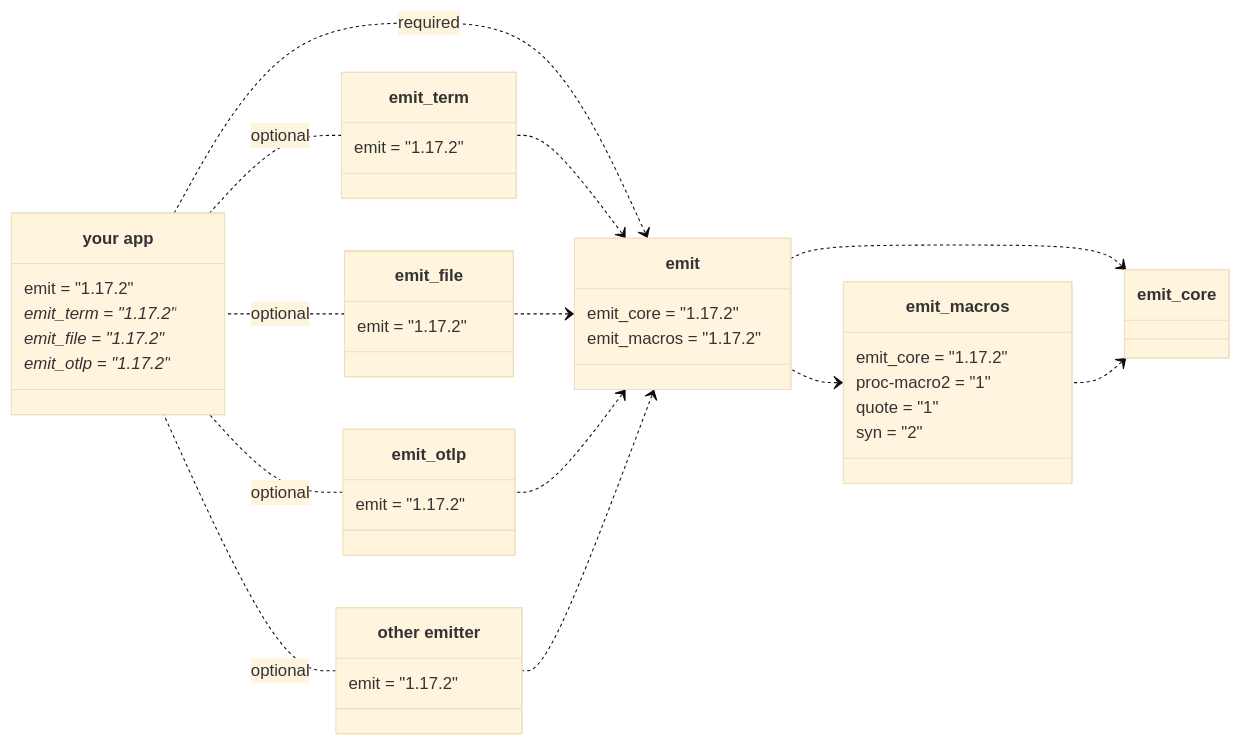
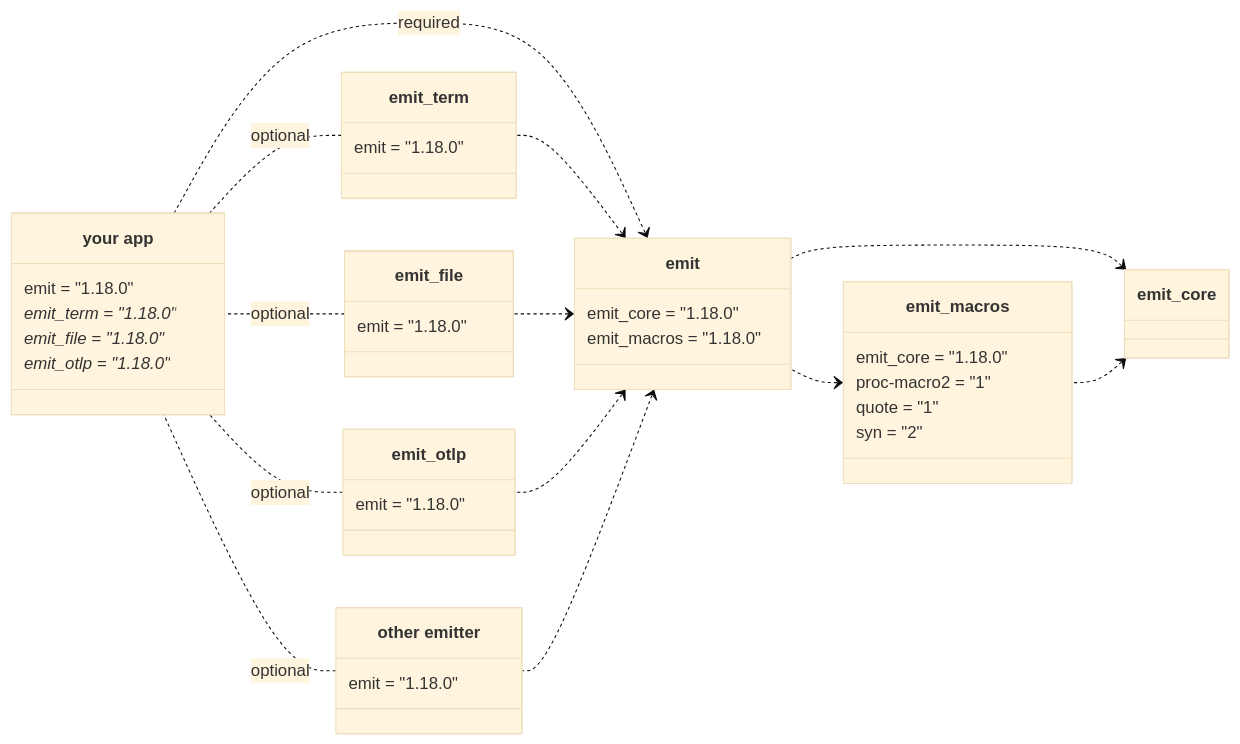
One commit to emit-rs/emit changed the first of 5 diagrams in book/src/reference/architecture.md. Above: the diagram before and after it, drawn with Mermaid (base theme). The commit also changed other lines of this file and 68 other files, not shown here.

````diff
--- a/book/src/reference/architecture.md
+++ b/book/src/reference/architecture.md
@@ -9,62 +9,62 @@
 ```mermaid
 classDiagram
     direction RL
     
     emit_core <.. emit_macros
     emit_core <.. emit
     emit_macros <.. emit
 
     class emit_macros {
-        emit_core = "1.17.2"
+        emit_core = "1.18.0"
         proc-macro2 = "1"
         quote = "1"
         syn = "2"
     }
 
     emit <.. emit_term
     emit <.. emit_file
     emit <.. emit_otlp
     emit <.. emit_custom
 
     emit <.. app : required
 
     class emit {
-        emit_core = "1.17.2"
-        emit_macros = "1.17.2"
+        emit_core = "1.18.0"
+        emit_macros = "1.18.0"
     }
 
     emit_term .. app : optional
     emit_file .. app : optional
     emit_otlp .. app : optional
     emit_custom .. app : optional
 
     class emit_term {
-        emit = "1.17.2"
+        emit = "1.18.0"
     }
 
     class emit_file {
-        emit = "1.17.2"
+        emit = "1.18.0"
     }
 
     class emit_otlp {
-        emit = "1.17.2"
+        emit = "1.18.0"
     }
 
     class emit_custom["other emitter"] {
-        emit = "1.17.2"
+        emit = "1.18.0"
     }
 
     class app["your app"] {
-        emit = "1.17.2"
-        emit_term = "1.17.2"*
-        emit_file = "1.17.2"*
-        emit_otlp = "1.17.2"*
+        emit = "1.18.0"
+        emit_term = "1.18.0"*
+        emit_file = "1.18.0"*
+        emit_otlp = "1.18.0"*
     }
 
-    click emit_core href "https://docs.rs/emit_core/1.17.2/emit_core/index.html"
-    click emit_macros href "https://docs.rs/emit_macros/1.17.2/emit_macros/index.html"
-    click emit href "https://docs.rs/emit/1.17.2/emit/index.html"
-    click emit_term href "https://docs.rs/emit_term/1.17.2/emit_term/index.html"
-    click emit_file href "https://docs.rs/emit_file/1.17.2/emit_file/index.html"
-    click emit_otlp href "https://docs.rs/emit_otlp/1.17.2/emit_otlp/index.html"
+    click emit_core href "https://docs.rs/emit_core/1.18.0/emit_core/index.html"
+    click emit_macros href "https://docs.rs/emit_macros/1.18.0/emit_macros/index.html"
+    click emit href "https://docs.rs/emit/1.18.0/emit/index.html"
+    click emit_term href "https://docs.rs/emit_term/1.18.0/emit_term/index.html"
+    click emit_file href "https://docs.rs/emit_file/1.18.0/emit_file/index.html"
+    click emit_otlp href "https://docs.rs/emit_otlp/1.18.0/emit_otlp/index.html"
 ```
````
